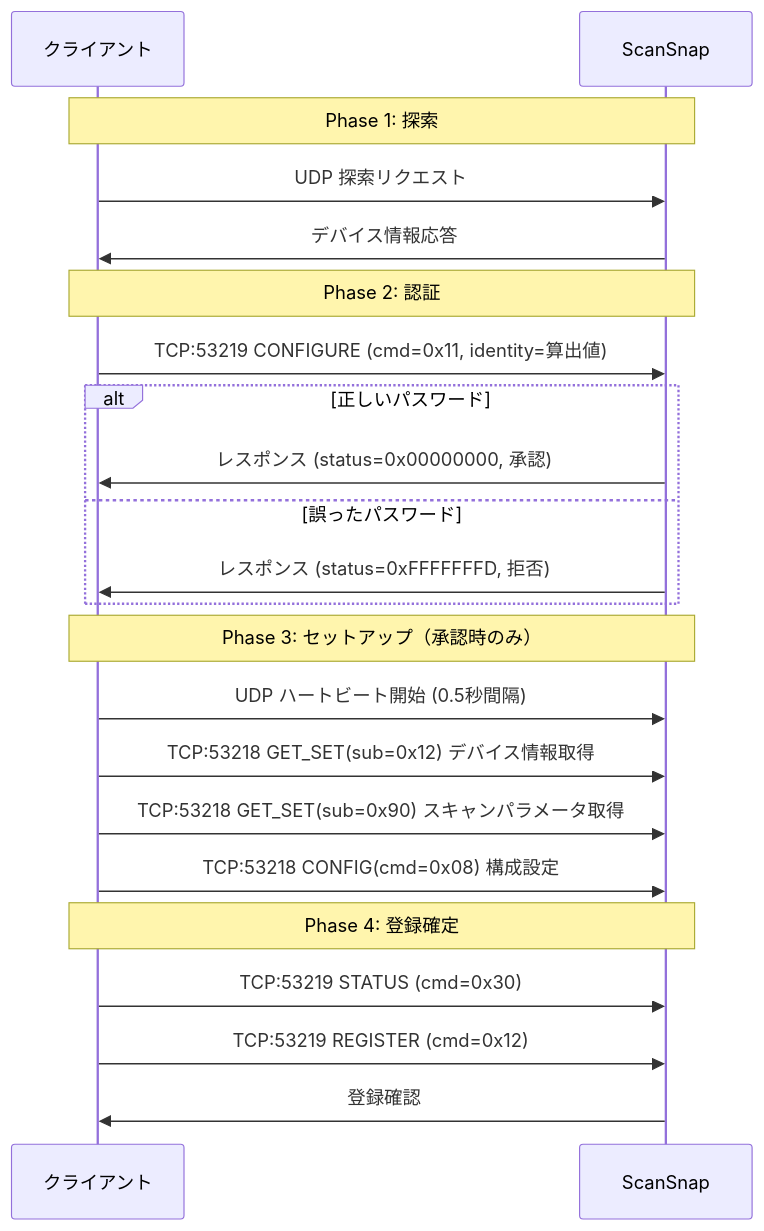
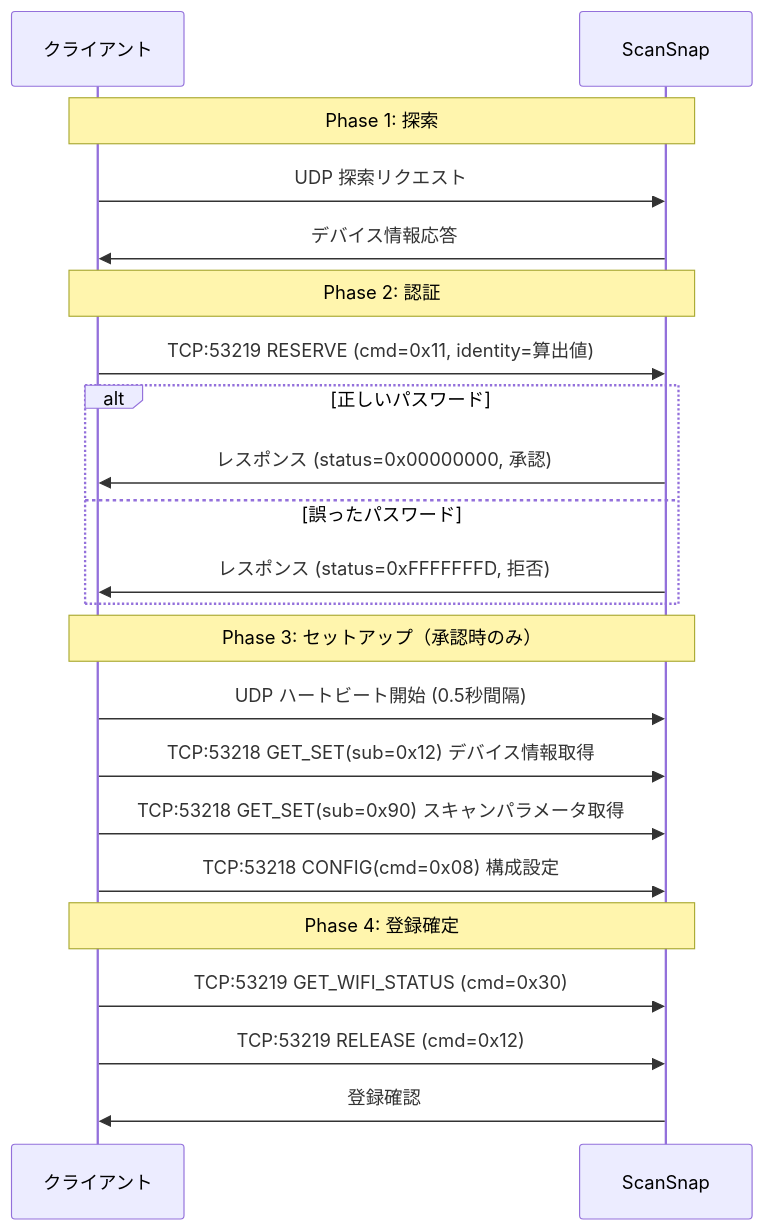
One commit to mzyy94/AirScap changed the second of 5 diagrams in protocol.md. Above: the diagram before and after it, drawn with Mermaid. The commit also changed other lines of this file and 7 other files, not shown here.

Commit message:
Rename control channel commands to match APK naming (RESERVE/RELEASE/GET_WIFI_STATUS)

````diff
--- a/protocol.md
+++ b/protocol.md
@@ -371,28 +371,28 @@
 ```mermaid
 sequenceDiagram
     participant C as クライアント
     participant S as ScanSnap
 
     Note over C,S: Phase 1: 探索
     C->>S: UDP 探索リクエスト
     S->>C: デバイス情報応答
 
     Note over C,S: Phase 2: 認証
-    C->>S: TCP:53219 CONFIGURE (cmd=0x11, identity=算出値)
+    C->>S: TCP:53219 RESERVE (cmd=0x11, identity=算出値)
     alt 正しいパスワード
         S->>C: レスポンス (status=0x00000000, 承認)
     else 誤ったパスワード
         S->>C: レスポンス (status=0xFFFFFFFD, 拒否)
     end
 
     Note over C,S: Phase 3: セットアップ（承認時のみ）
     C->>S: UDP ハートビート開始 (0.5秒間隔)
     C->>S: TCP:53218 GET_SET(sub=0x12) デバイス情報取得
     C->>S: TCP:53218 GET_SET(sub=0x90) スキャンパラメータ取得
     C->>S: TCP:53218 CONFIG(cmd=0x08) 構成設定
 
     Note over C,S: Phase 4: 登録確定
-    C->>S: TCP:53219 STATUS (cmd=0x30)
-    C->>S: TCP:53219 REGISTER (cmd=0x12)
+    C->>S: TCP:53219 GET_WIFI_STATUS (cmd=0x30)
+    C->>S: TCP:53219 RELEASE (cmd=0x12)
     S->>C: 登録確認
 ```
````
